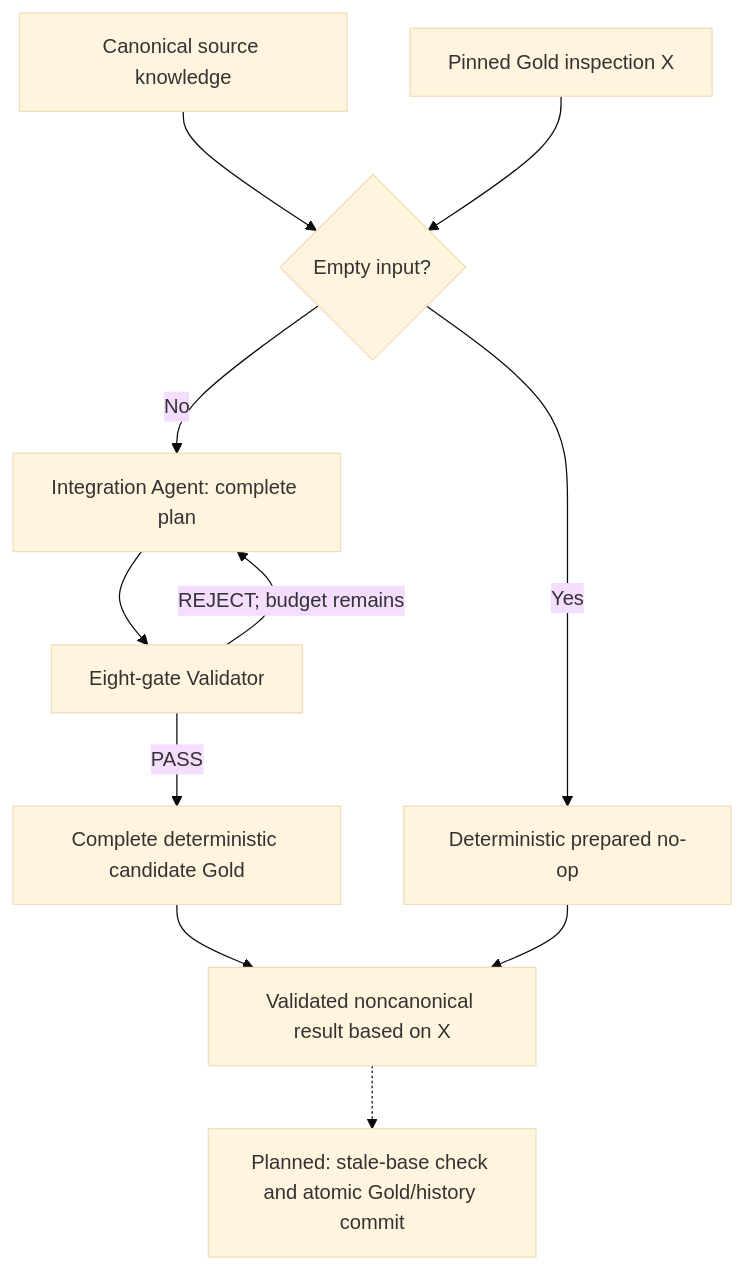
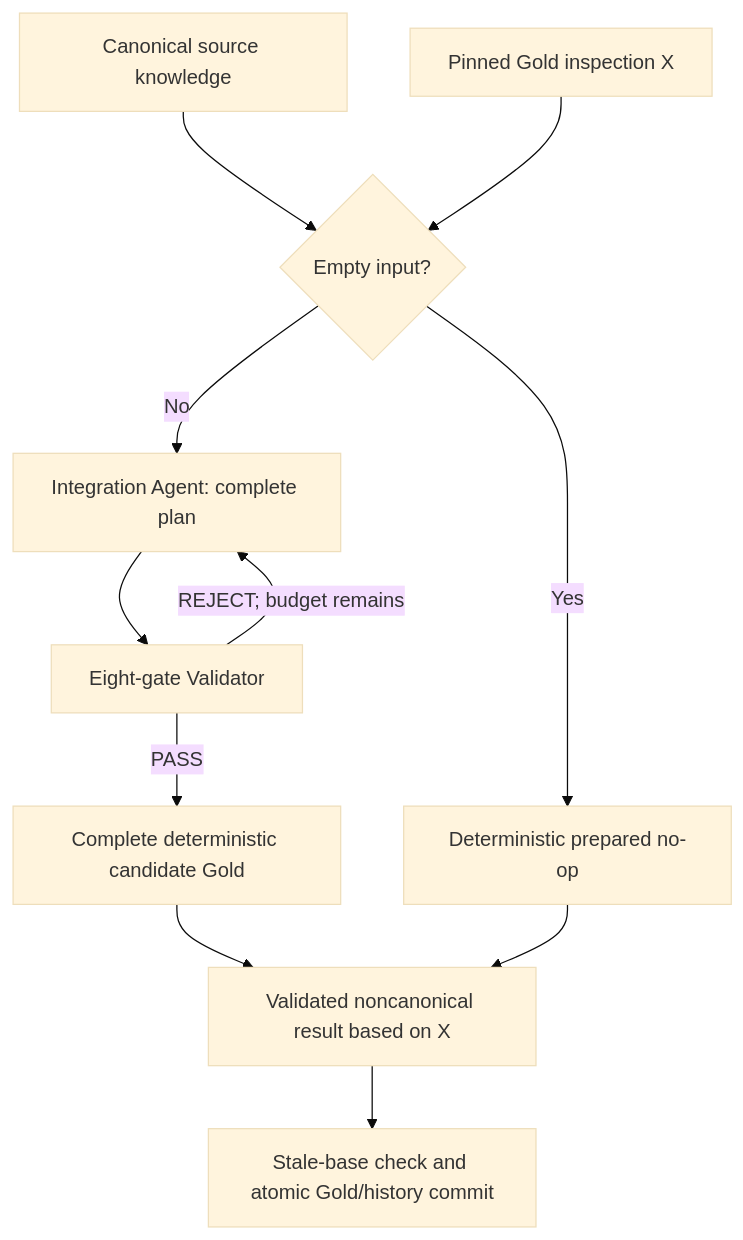
Before and after one commit to alexander-rewitzer/league-knowledge-platform: the sixth of 9 diagrams in docs/architecture.md, drawn with Mermaid (base theme). The commit also changed other lines of this file and 11 other files, not shown here.

Commit message:
Add durable Gold integration commit, history and replay

````diff
--- a/docs/architecture.md
+++ b/docs/architecture.md
@@ -177,13 +177,13 @@
 ```mermaid
 flowchart TD
     S["Canonical source knowledge"] --> E{"Empty input?"}
     X["Pinned Gold inspection X"] --> E
     E -- Yes --> N["Deterministic prepared no-op"]
     E -- No --> A["Integration Agent: complete plan"]
     A --> V["Eight-gate Validator"]
     V -- "REJECT; budget remains" --> A
     V -- "PASS" --> D["Complete deterministic candidate Gold"]
     D --> P["Validated noncanonical result based on X"]
     N --> P
-    P -.-> C["Planned: stale-base check and atomic Gold/history commit"]
+    P --> C["Stale-base check and atomic Gold/history commit"]
 ```
````
